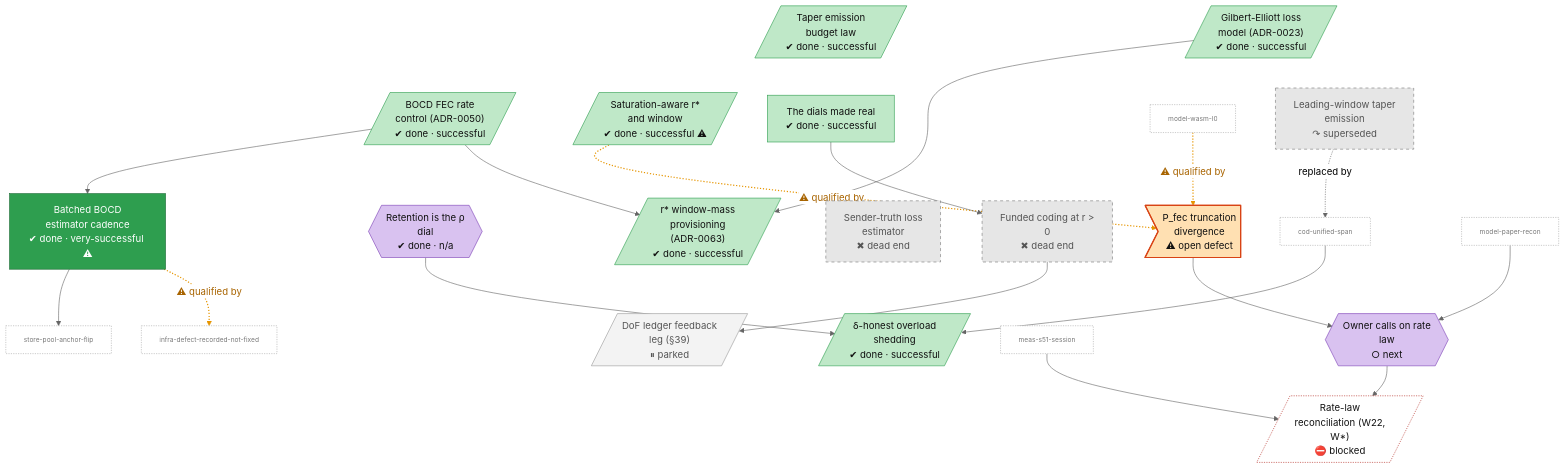
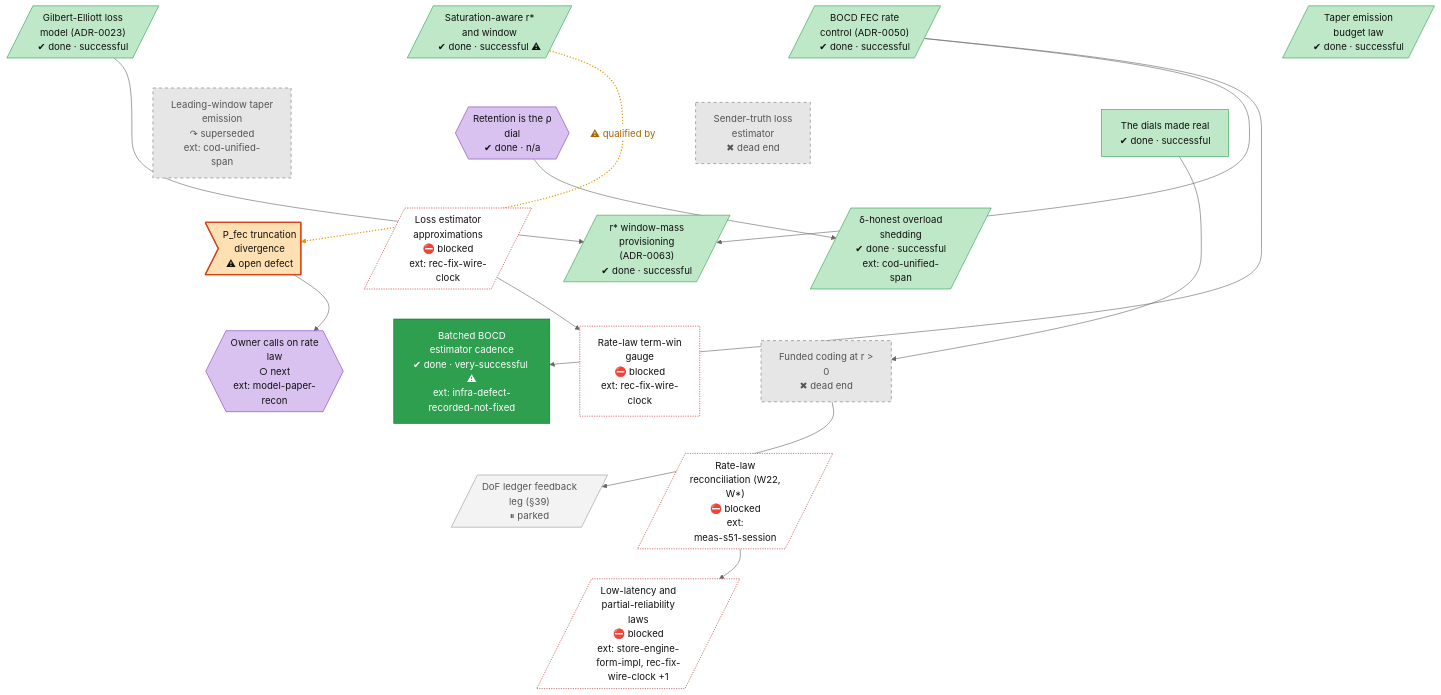
The sixth of 14 diagrams in docs/roadmap.md (lhns/raptorpath), drawn with Mermaid (neutral theme) before and after one commit. The commit also changed other lines of this file and 1 other file, not shown here.

Commit message:
roadmap: 228 nodes - law-ledger fix order folded in, waiting vs running, owner-request coverage, dates from merges; regenerated on the portrait layout

````diff
--- a/docs/roadmap.md
+++ b/docs/roadmap.md
@@ -818,46 +1003,89 @@
     rate_saturation_rstar[/"Saturation-aware r*<br/>and window<br/>✔ done · successful ⚠"/]
     rate_rstar_window_mass[/"r* window-mass<br/>provisioning<br/>(ADR-0063)<br/>✔ done · successful"/]
     rate_taper_r[/"Taper emission<br/>budget law<br/>✔ done · successful"/]
-    rate_leading_taper["Leading-window taper<br/>emission<br/>↷ superseded"]
+    rate_leading_taper["Leading-window taper<br/>emission<br/>↷ superseded<br/>ext: cod-unified-<br/>span"]
     rate_retention_is_rho{{"Retention is the ρ<br/>dial<br/>✔ done · n/a"}}
-    rate_unified_shed[/"δ-honest overload<br/>shedding<br/>✔ done · successful"/]
-    rate_est_cadence["Batched BOCD<br/>estimator cadence<br/>✔ done · very-successful ⚠"]
+    rate_unified_shed[/"δ-honest overload<br/>shedding<br/>✔ done · successful<br/>ext: cod-unified-<br/>span"/]
+    rate_est_cadence["Batched BOCD<br/>estimator cadence<br/>✔ done · very-successful ⚠<br/>ext: infra-defect-<br/>recorded-not-fixed"]
     rate_sender_truth_loss["Sender-truth loss<br/>estimator<br/>✖ dead end"]
     rate_r_battery["Funded coding at r #gt;<br/>0<br/>✖ dead end"]
     rate_dof_ledger[/"DoF ledger feedback<br/>leg (#167;39)<br/>⏸ parked"/]
     rate_dials_made_real["The dials made real<br/>✔ done · successful"]
     rate_defect_pfec>"P_fec truncation<br/>divergence<br/>⚠ open defect"]
-    rate_user_rate_law{{"Owner calls on rate<br/>law<br/>○ next"}}
-    rate_law_reconcile[/"Rate-law<br/>reconciliation (W22,<br/>W*)<br/>⛔ blocked"/]
+    rate_user_rate_law{{"Owner calls on rate<br/>law<br/>○ next<br/>ext: model-paper-<br/>recon"}}
+    rate_law_reconcile[/"Rate-law<br/>reconciliation (W22,<br/>W*)<br/>⛔ blocked<br/>ext:<br/>meas-s51-session"/]
+    rate_fix_term_gauge["Rate-law term-win<br/>gauge<br/>⛔ blocked<br/>ext: rec-fix-wire-<br/>clock"]
+    rate_fix_estimators[/"Loss estimator<br/>approximations<br/>⛔ blocked<br/>ext: rec-fix-wire-<br/>clock"/]
+    rate_fix_rho_realtime[/"Low-latency and<br/>partial-reliability<br/>laws<br/>⛔ blocked<br/>ext: store-engine-<br/>form-impl, rec-fix-<br/>wire-clock +1"/]
     rate_ge_hmm ~~~ rate_leading_taper
+    rate_ge_hmm ~~~ rate_retention_is_rho
+    rate_ge_hmm ~~~ rate_sender_truth_loss
+    rate_ge_hmm ~~~ rate_dials_made_real
+    rate_fec_rate_v1 ~~~ rate_leading_taper
     rate_fec_rate_v1 ~~~ rate_retention_is_rho
+    rate_fec_rate_v1 ~~~ rate_sender_truth_loss
+    rate_fec_rate_v1 ~~~ rate_dials_made_real
+    rate_saturation_rstar ~~~ rate_leading_taper
+    rate_saturation_rstar ~~~ rate_retention_is_rho
     rate_saturation_rstar ~~~ rate_sender_truth_loss
+    rate_saturation_rstar ~~~ rate_dials_made_real
+    rate_taper_r ~~~ rate_leading_taper
+    rate_taper_r ~~~ rate_retention_is_rho
+    rate_taper_r ~~~ rate_sender_truth_loss
     rate_taper_r ~~~ rate_dials_made_real
     rate_leading_taper ~~~ rate_defect_pfec
+    rate_leading_taper ~~~ rate_fix_estimators
+    rate_leading_taper ~~~ rate_rstar_window_mass
+    rate_leading_taper ~~~ rate_unified_shed
+    rate_retention_is_rho ~~~ rate_defect_pfec
+    rate_retention_is_rho ~~~ rate_fix_estimators
+    rate_retention_is_rho ~~~ rate_rstar_window_mass
+    rate_retention_is_rho ~~~ rate_unified_shed
+    rate_sender_truth_loss ~~~ rate_defect_pfec
+    rate_sender_truth_loss ~~~ rate_fix_estimators
+    rate_sender_truth_loss ~~~ rate_rstar_window_mass
+    rate_sender_truth_loss ~~~ rate_unified_shed
+    rate_dials_made_real ~~~ rate_defect_pfec
+    rate_dials_made_real ~~~ rate_fix_estimators
+    rate_dials_made_real ~~~ rate_rstar_window_mass
+    rate_dials_made_real ~~~ rate_unified_shed
+    rate_defect_pfec ~~~ rate_est_cadence
+    rate_defect_pfec ~~~ rate_r_battery
+    rate_defect_pfec ~~~ rate_user_rate_law
+    rate_defect_pfec ~~~ rate_fix_term_gauge
+    rate_fix_estimators ~~~ rate_est_cadence
+    rate_fix_estimators ~~~ rate_r_battery
+    rate_fix_estimators ~~~ rate_user_rate_law
+    rate_fix_estimators ~~~ rate_fix_term_gauge
+    rate_rstar_window_mass ~~~ rate_est_cadence
+    rate_rstar_window_mass ~~~ rate_r_battery
     rate_rstar_window_mass ~~~ rate_user_rate_law
-    x_cod_unified_span["cod-unified-span"]
-    x_infra_defect_recorded_not_fixed["infra-defect-recorded-not-fixed"]
-    x_meas_s51_session["meas-s51-session"]
-    x_model_paper_recon["model-paper-recon"]
-    x_model_wasm_l0["model-wasm-l0"]
-    x_store_pool_anchor_flip["store-pool-anchor-flip"]
+    rate_rstar_window_mass ~~~ rate_fix_term_gauge
+    rate_unified_shed ~~~ rate_est_cadence
+    rate_unified_shed ~~~ rate_r_battery
+    rate_unified_shed ~~~ rate_user_rate_law
+    rate_unified_shed ~~~ rate_fix_term_gauge
+    rate_est_cadence ~~~ rate_dof_ledger
+    rate_est_cadence ~~~ rate_law_reconcile
+    rate_r_battery ~~~ rate_dof_ledger
+    rate_r_battery ~~~ rate_law_reconcile
+    rate_user_rate_law ~~~ rate_dof_ledger
+    rate_user_rate_law ~~~ rate_law_reconcile
+    rate_fix_term_gauge ~~~ rate_dof_ledger
+    rate_fix_term_gauge ~~~ rate_law_reconcile
+    rate_dof_ledger ~~~ rate_fix_rho_realtime
+    rate_law_reconcile ~~~ rate_fix_rho_realtime
     rate_saturation_rstar -.->|⚠ qualified by| rate_defect_pfec
     rate_ge_hmm --> rate_rstar_window_mass
     rate_fec_rate_v1 --> rate_rstar_window_mass
-    rate_leading_taper -.->|replaced by| x_cod_unified_span
-    x_cod_unified_span --> rate_unified_shed
     rate_retention_is_rho --> rate_unified_shed
     rate_fec_rate_v1 --> rate_est_cadence
-    rate_est_cadence -.->|⚠ qualified by| x_infra_defect_recorded_not_fixed
     rate_dials_made_real --> rate_r_battery
     rate_r_battery --> rate_dof_ledger
-    rate_est_cadence --> x_store_pool_anchor_flip
-    x_model_wasm_l0 -.->|⚠ qualified by| rate_defect_pfec
-    x_model_paper_recon --> rate_user_rate_law
     rate_defect_pfec --> rate_user_rate_law
-    rate_user_rate_law --> rate_law_reconcile
-    x_meas_s51_session --> rate_law_reconcile
-    linkStyle 6,13,17 stroke:#e69500,stroke-width:2px,stroke-dasharray:2 3,color:#a86400
+    rate_fix_estimators --> rate_fix_term_gauge
+    rate_law_reconcile --> rate_fix_rho_realtime
+    linkStyle 58 stroke:#e69500,stroke-width:2px,stroke-dasharray:2 3,color:#a86400
     classDef vsucc fill:#2e9e4f,stroke:#1b6b34,color:#fff
     classDef succ fill:#bfe8c8,stroke:#2e9e4f,color:#111
     classDef mixed fill:#ffd37a,stroke:#c98a00,color:#111
@@ -870,13 +1098,12 @@
     classDef unrated fill:#fff,stroke:#333,stroke-dasharray:1 3,color:#111
     classDef userdec fill:#d9c2f0,stroke:#7b3fb5,color:#111
     classDef defect fill:#ffe0b2,stroke:#d84315,stroke-width:2px,color:#111
-    classDef stub fill:#fff,stroke:#aaa,stroke-dasharray:2 2,color:#777,font-size:11px
+    classDef waiting fill:#e3f2fd,stroke:#1f6fc5,stroke-dasharray:5 5,color:#111
     class rate_ge_hmm,rate_fec_rate_v1,rate_saturation_rstar,rate_rstar_window_mass,rate_taper_r,rate_unified_shed,rate_dials_made_real succ
     class rate_leading_taper,rate_sender_truth_loss,rate_r_battery dead
     class rate_retention_is_rho,rate_user_rate_law userdec
     class rate_est_cadence vsucc
     class rate_dof_ledger parked
     class rate_defect_pfec defect
-    class rate_law_reconcile blocked
-    class x_cod_unified_span,x_infra_defect_recorded_not_fixed,x_meas_s51_session,x_model_paper_recon,x_model_wasm_l0,x_store_pool_anchor_flip stub
+    class rate_law_reconcile,rate_fix_term_gauge,rate_fix_estimators,rate_fix_rho_realtime blocked
 ```
````
